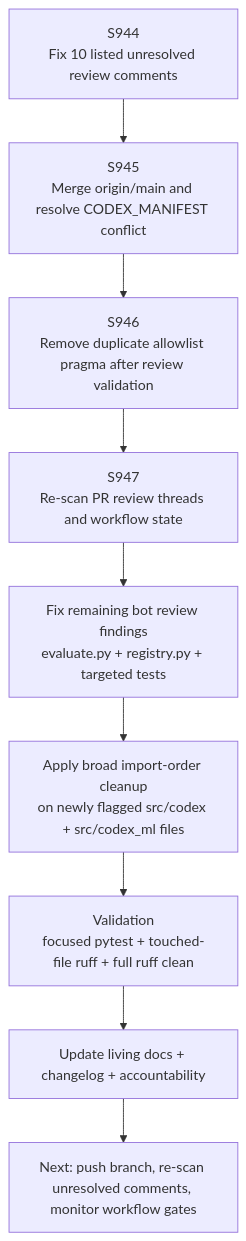
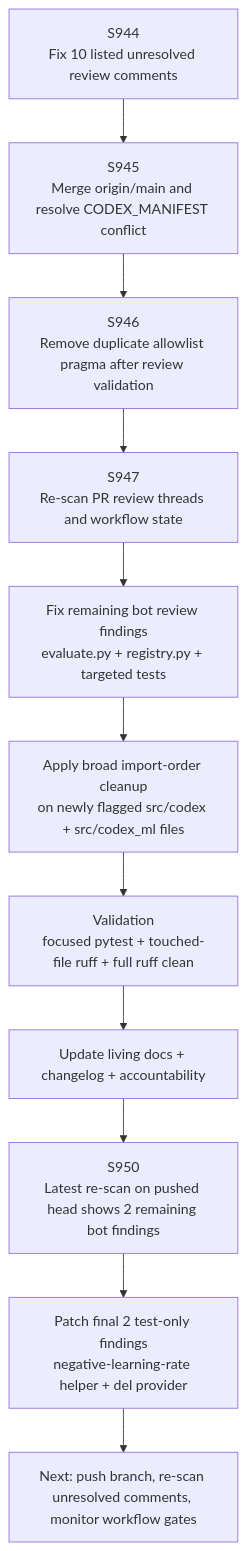
The first of 2 diagrams in docs/sessions/PR4395_session_diagram.md (Aries-Serpent/_codex_), drawn with Mermaid before and after one commit. The commit also changed other lines of this file and 5 other files, not shown here.

First line of the commit message:
fix(review): clear final two bot findings and refresh PR4395 status

````diff
--- a/docs/sessions/PR4395_session_diagram.md
+++ b/docs/sessions/PR4395_session_diagram.md
@@ -3,12 +3,14 @@
 ```mermaid
 graph TD
   A[S944<br/>Fix 10 listed unresolved review comments] --> B
   B[S945<br/>Merge origin/main and resolve CODEX_MANIFEST conflict] --> C
   C[S946<br/>Remove duplicate allowlist pragma after review validation] --> D
   D[S947<br/>Re-scan PR review threads and workflow state] --> E
   E[Fix remaining bot review findings<br/>evaluate.py + registry.py + targeted tests] --> F
   F[Apply broad import-order cleanup<br/>on newly flagged src/codex + src/codex_ml files] --> G
   G[Validation<br/>focused pytest + touched-file ruff + full ruff clean] --> H
   H[Update living docs + changelog + accountability] --> I
-  I[Next: push branch, re-scan unresolved comments, monitor workflow gates]
+  I[S950<br/>Latest re-scan on pushed head shows 2 remaining bot findings] --> J
+  J[Patch final 2 test-only findings<br/>negative-learning-rate helper + del provider] --> K
+  K[Next: push branch, re-scan unresolved comments, monitor workflow gates]
 ```
````
